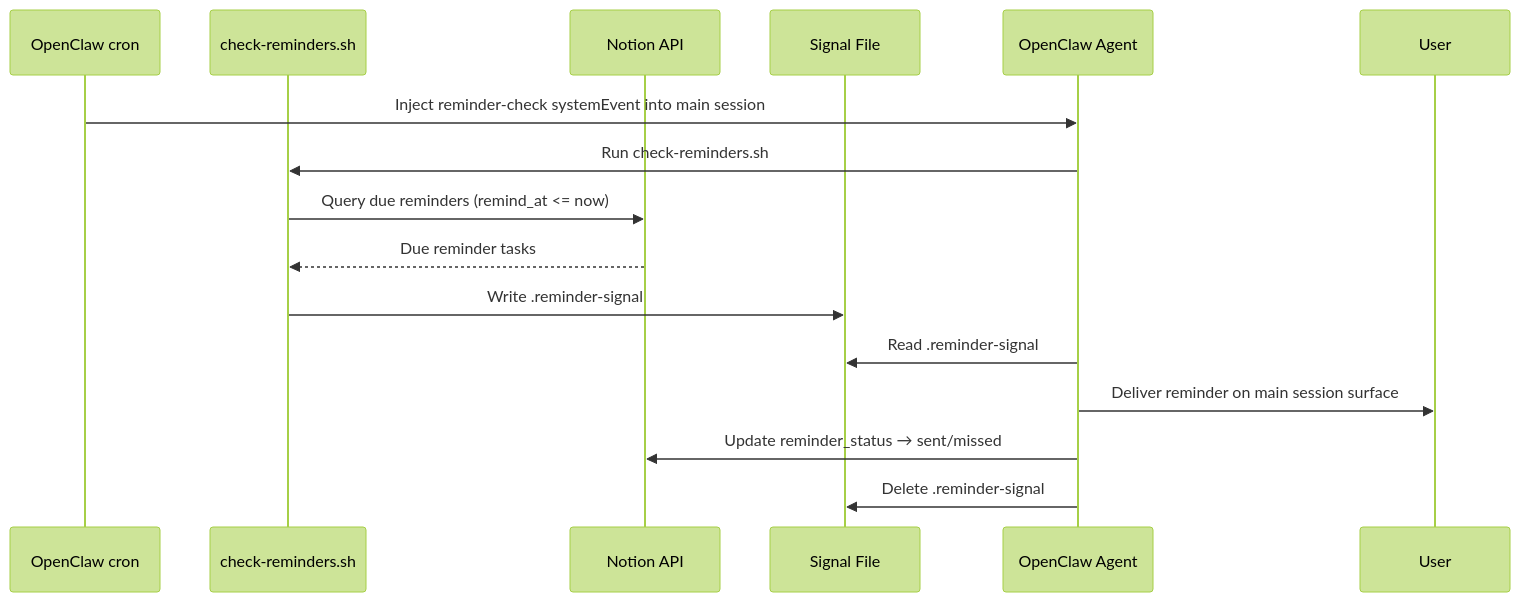
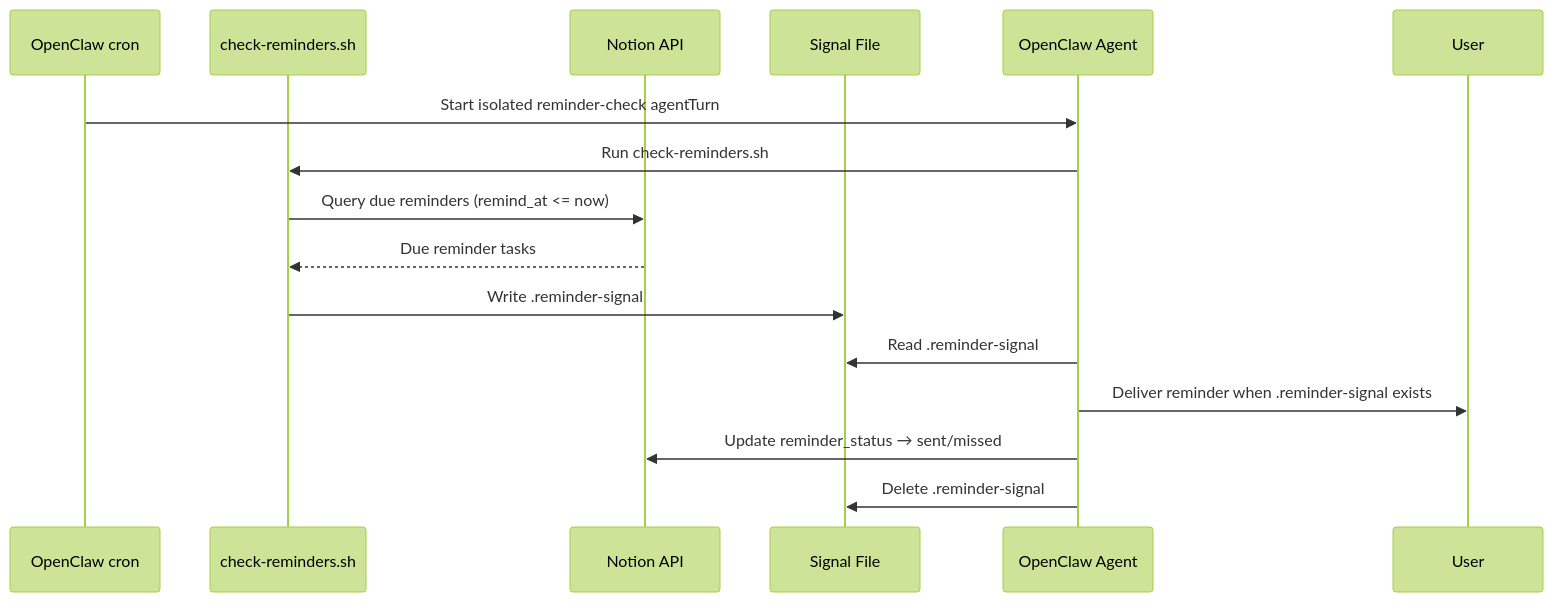
Before and after one commit to NickBorgersProbably/hide-my-list: diagram 22 of 28 in docs/user-interactions.md, drawn with Mermaid (forest theme). The commit also changed other lines of this file and 6 other files, not shown here.

Commit message:
Use isolated Haiku turns for cron specs

````diff
--- a/docs/user-interactions.md
+++ b/docs/user-interactions.md
@@ -757,19 +757,19 @@
 ```mermaid
 sequenceDiagram
     participant Cron as OpenClaw cron
     participant Scr as check-reminders.sh
     participant Notion as Notion API
     participant Signal as Signal File
     participant Agent as OpenClaw Agent
     participant User
 
-    Cron->>Agent: Inject reminder-check systemEvent into main session
+    Cron->>Agent: Start isolated reminder-check agentTurn
     Agent->>Scr: Run check-reminders.sh
     Scr->>Notion: Query due reminders (remind_at <= now)
     Notion-->>Scr: Due reminder tasks
     Scr->>Signal: Write .reminder-signal
     Agent->>Signal: Read .reminder-signal
-    Agent->>User: Deliver reminder on main session surface
+    Agent->>User: Deliver reminder when .reminder-signal exists
     Agent->>Notion: Update reminder_status → sent/missed
     Agent->>Signal: Delete .reminder-signal
 ```
````
